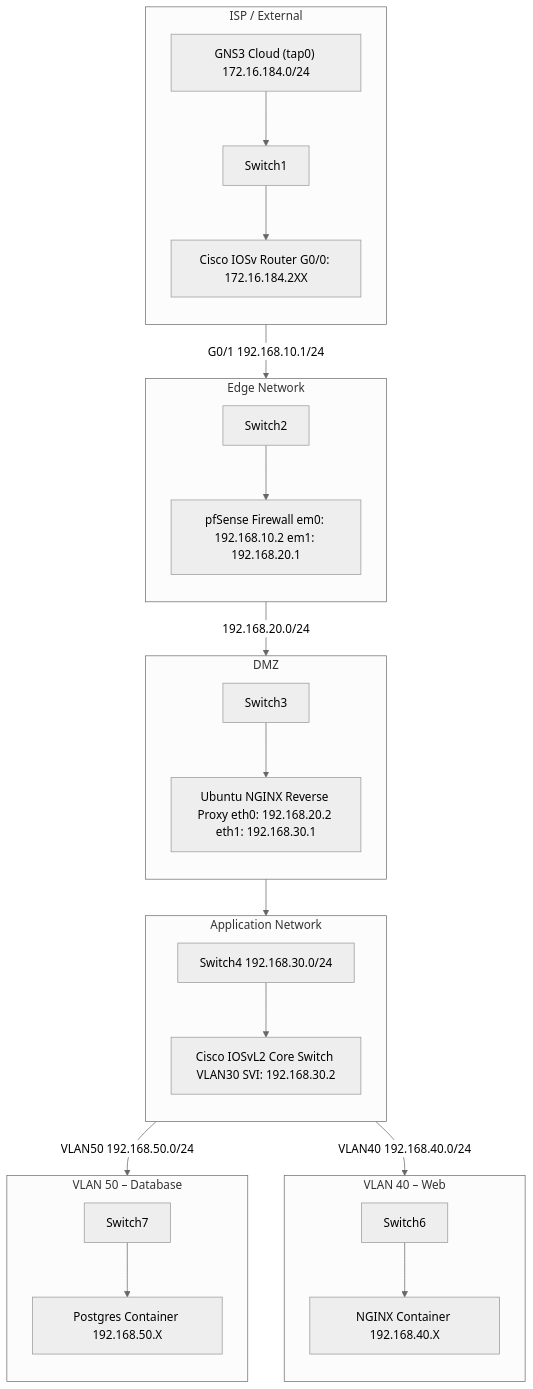
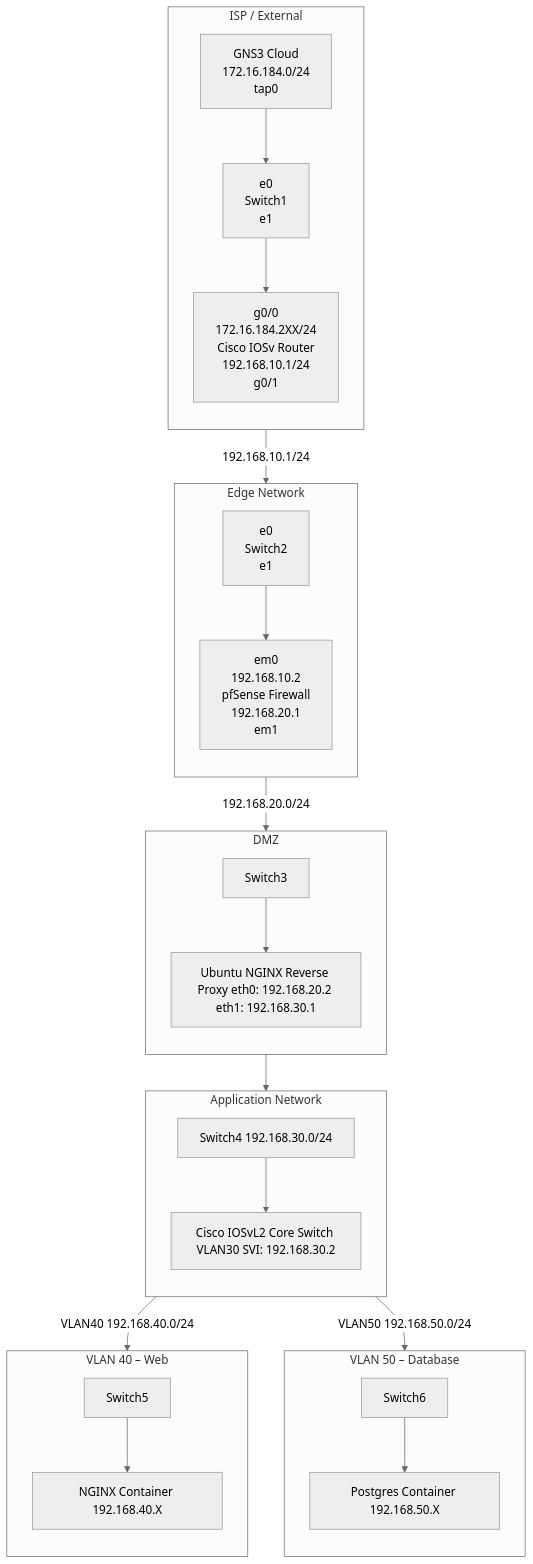
Before and after one commit to davis-boudreau/ISEC2700: the diagram in mp3/saitge-isec2700-mp3-00-gns3-environment-setup.md, drawn with Mermaid (neutral theme).

Commit message:
added mp3

````diff
--- a/mp3/saitge-isec2700-mp3-00-gns3-environment-setup.md
+++ b/mp3/saitge-isec2700-mp3-00-gns3-environment-setup.md
@@ -111,64 +111,64 @@
 ```mermaid
 flowchart TB
 
 %% ISP / External
 subgraph ISP["ISP / External"]
   direction TB
-  Cloud["GNS3 Cloud (tap0) 172.16.184.0/24"]
-  SW1["Switch1"]
-  R1["Cisco IOSv Router G0/0: 172.16.184.2XX"]
+  Cloud["GNS3 Cloud <br>172.16.184.0/24 <br>tap0"]
+  SW1["e0 <br>Switch1 <br>e1"]
+  R1["g0/0<br>172.16.184.2XX/24<br>Cisco IOSv Router<br>192.168.10.1/24<br>g0/1"]
 
   Cloud --> SW1 --> R1
 end
 
 %% Internal Edge
 subgraph EDGE["Edge Network"]
   direction TB
-  SW2["Switch2"]
-  FW["pfSense Firewall em0: 192.168.10.2 em1: 192.168.20.1"]
+  SW2["e0<br>Switch2<br>e1"]
+  FW["em0<br>192.168.10.2<br>pfSense Firewall<br>192.168.20.1<br>em1"]
 
   SW2 --> FW
 end
 
 %% DMZ
 subgraph DMZ["DMZ"]
   direction TB
   SW3["Switch3"]
   PROXY["Ubuntu NGINX Reverse Proxy eth0: 192.168.20.2 eth1: 192.168.30.1"]
 
   SW3 --> PROXY
 end
 
 %% Core / App
 subgraph APP["Application Network"]
   direction TB
   SW4["Switch4 192.168.30.0/24"]
   CORE["Cisco IOSvL2 Core Switch VLAN30 SVI: 192.168.30.2"]
 
   SW4 --> CORE
 end
 
 %% VLANs
+subgraph VLAN50["VLAN 50 – Database"]
+  direction TB
+  SW6["Switch6"]
+  DB["Postgres Container 192.168.50.X"]
+
+  SW6 --> DB
+end
+
 subgraph VLAN40["VLAN 40 – Web"]
   direction TB
-  SW6["Switch6"]
+  SW5["Switch5"]
   WEB["NGINX Container 192.168.40.X"]
 
-  SW6 --> WEB
-end
-
-subgraph VLAN50["VLAN 50 – Database"]
-  direction TB
-  SW7["Switch7"]
-  DB["Postgres Container 192.168.50.X"]
-
-  SW7 --> DB
+  SW5 --> WEB
 end
 
 %% Interconnections (LR)
-R1 -->|G0/1 192.168.10.1/24| SW2
+R1 -->|192.168.10.1/24| SW2
 FW -->|192.168.20.0/24| SW3
 PROXY --> SW4
-CORE -->|VLAN40 192.168.40.0/24| SW6
-CORE -->|VLAN50 192.168.50.0/24| SW7
+CORE -->|VLAN40 192.168.40.0/24| SW5
+CORE -->|VLAN50 192.168.50.0/24| SW6
 ```
````
